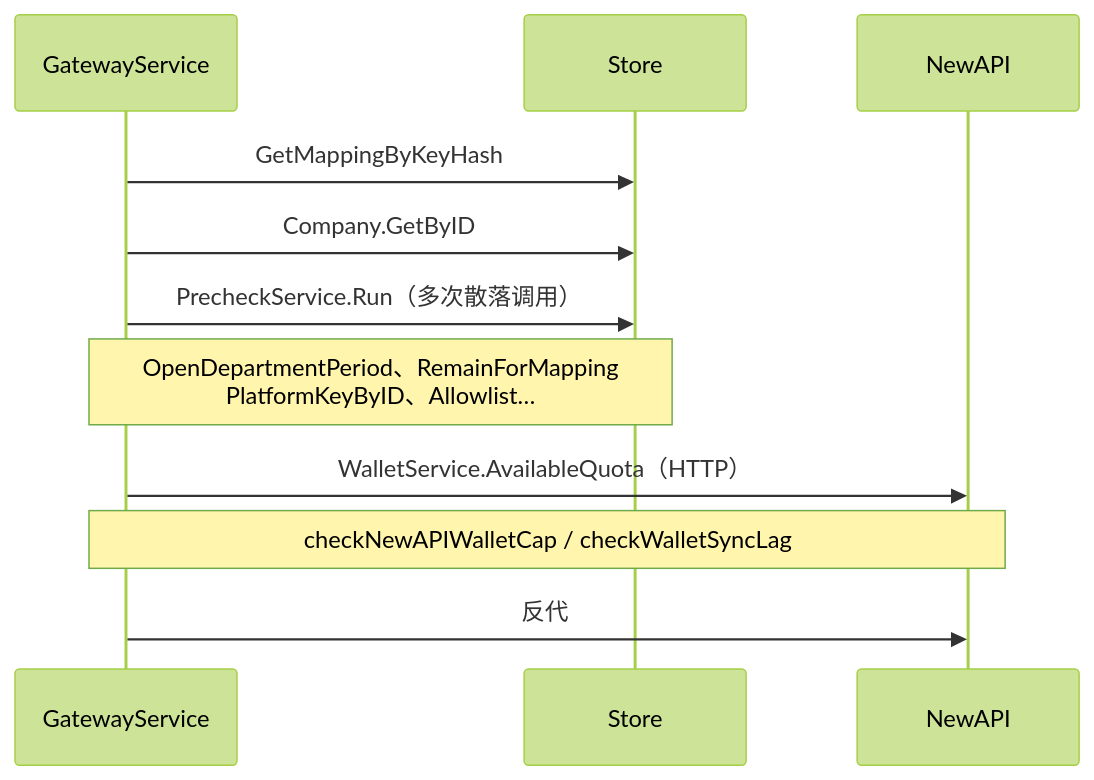
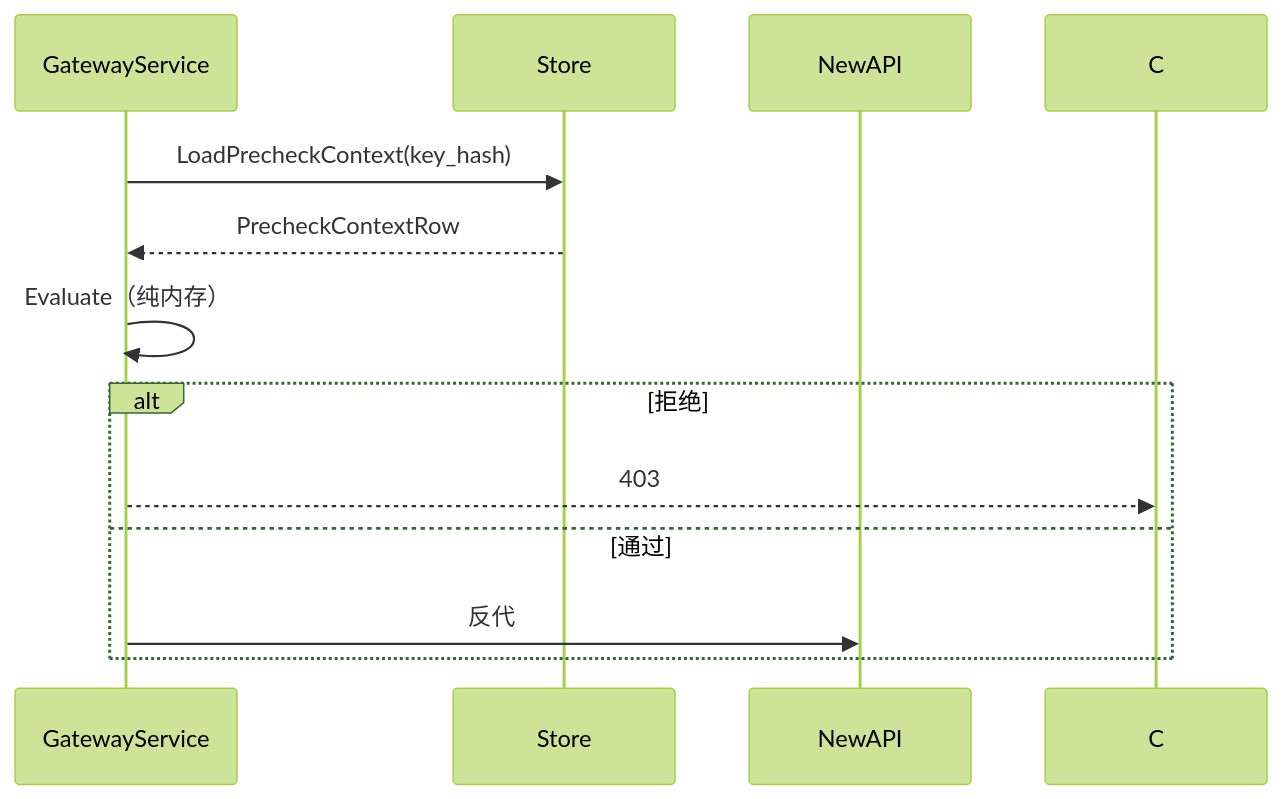
Before and after one commit to quyip8818/mytokenjoy: the first of 8 diagrams in docs/架构简化方案.md, drawn with Mermaid (forest theme). The commit also changed other lines of this file and 40 other files, not shown here.

First line of the commit message:
feat(gateway): Phase 1 precheck via single LoadPrecheckContext + Evaluate

````diff
--- a/docs/架构简化方案.md
+++ b/docs/架构简化方案.md
@@ -33,14 +33,15 @@
 ```mermaid
 sequenceDiagram
   participant GW as GatewayService
   participant ST as Store
   participant NA as NewAPI
 
-  GW->>ST: GetMappingByKeyHash
-  GW->>ST: Company.GetByID
-  GW->>ST: PrecheckService.Run（多次散落调用）
-  Note over GW,ST: OpenDepartmentPeriod、RemainForMapping<br/>PlatformKeyByID、Allowlist…
-  GW->>NA: WalletService.AvailableQuota（HTTP）
-  Note over GW,NA: checkNewAPIWalletCap / checkWalletSyncLag
-  GW->>NA: 反代
+  GW->>ST: LoadPrecheckContext(key_hash)
+  ST-->>GW: PrecheckContextRow
+  GW->>GW: Evaluate（纯内存）
+  alt 拒绝
+    GW-->>C: 403
+  else 通过
+    GW->>NA: 反代
+  end
 ```
````
